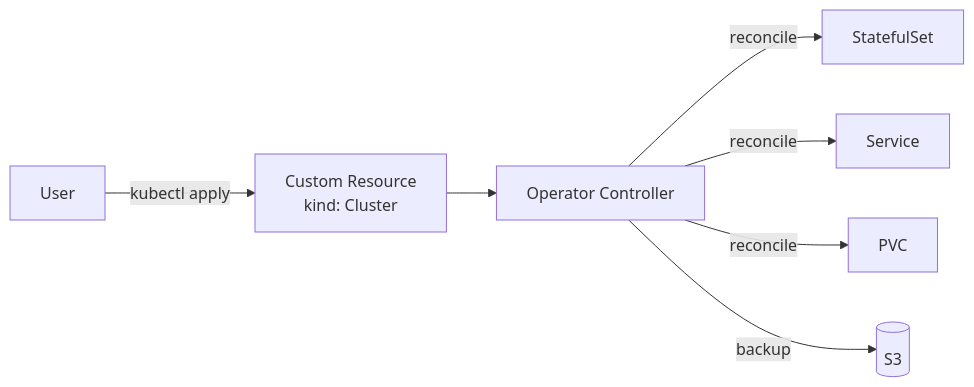
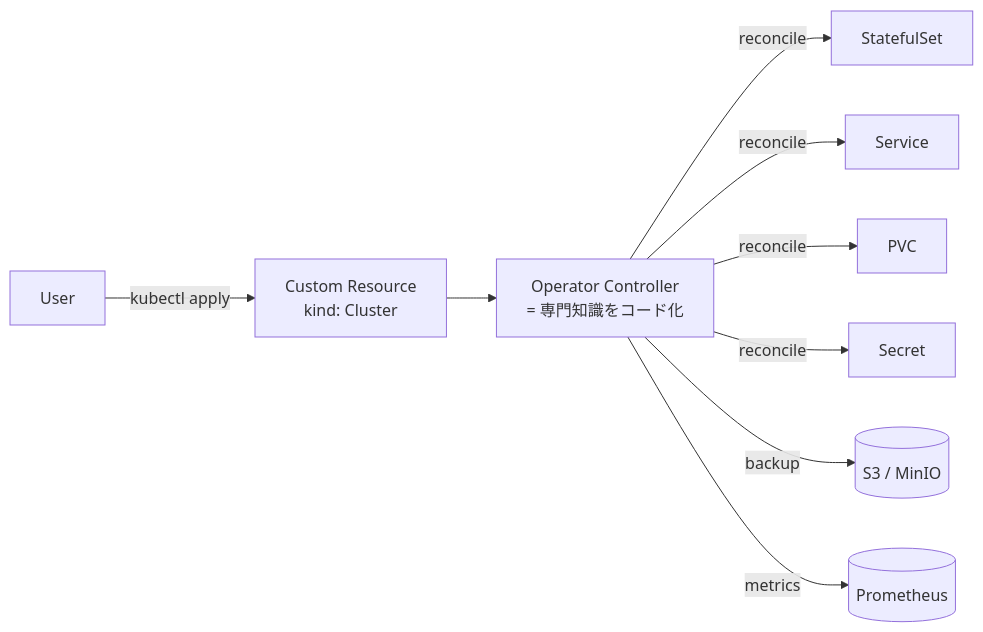
The first of 7 diagrams in docs/12-advanced/operator.md (swallowsaba/introduction-k8s), drawn with Mermaid before and after one commit. The commit also changed other lines of this file and 5 other files, not shown here.

````diff
--- a/docs/12-advanced/operator.md
+++ b/docs/12-advanced/operator.md
@@ -32,9 +42,11 @@
 ```mermaid
 flowchart LR
     user[User] -->|kubectl apply| crd[Custom Resource<br>kind: Cluster]
-    crd --> ctrl[Operator Controller]
+    crd --> ctrl[Operator Controller<br>= 専門知識をコード化]
     ctrl -->|reconcile| sts[StatefulSet]
     ctrl -->|reconcile| svc[Service]
     ctrl -->|reconcile| pvc[PVC]
-    ctrl -->|backup| s3[(S3)]
+    ctrl -->|reconcile| sec[Secret]
+    ctrl -->|backup| s3[(S3 / MinIO)]
+    ctrl -->|metrics| prom[(Prometheus)]
 ```
````
